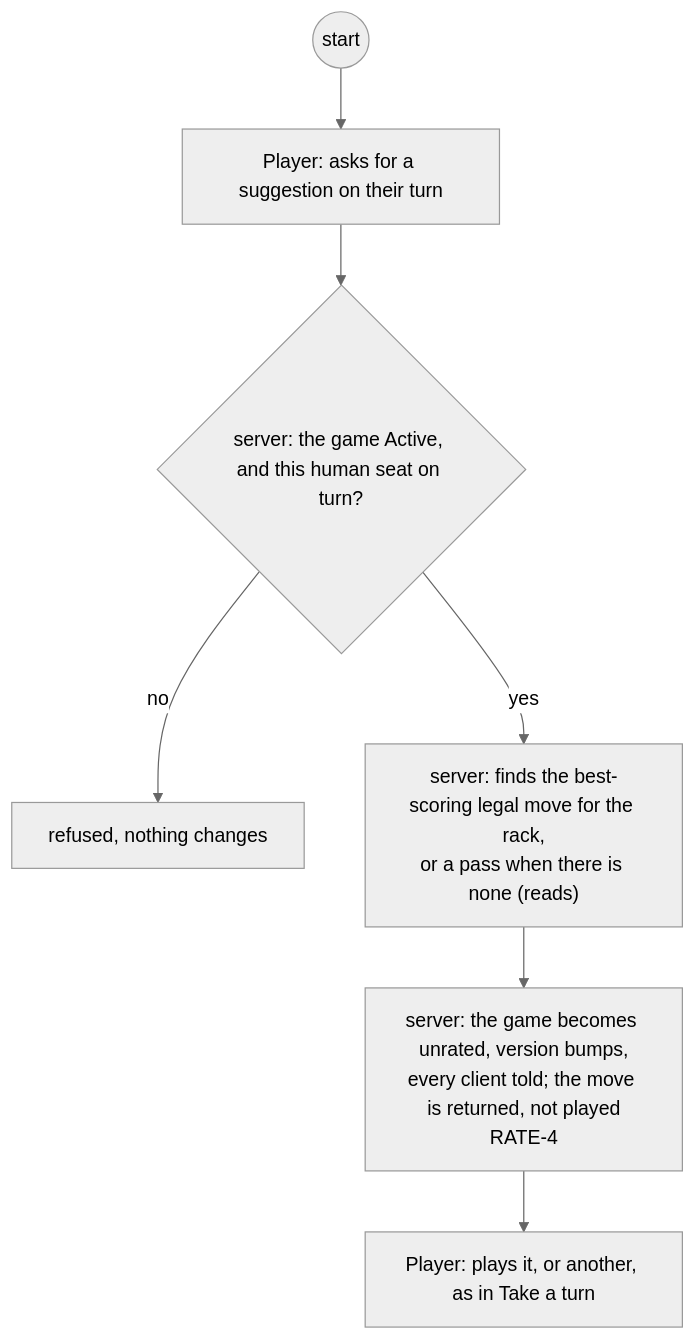
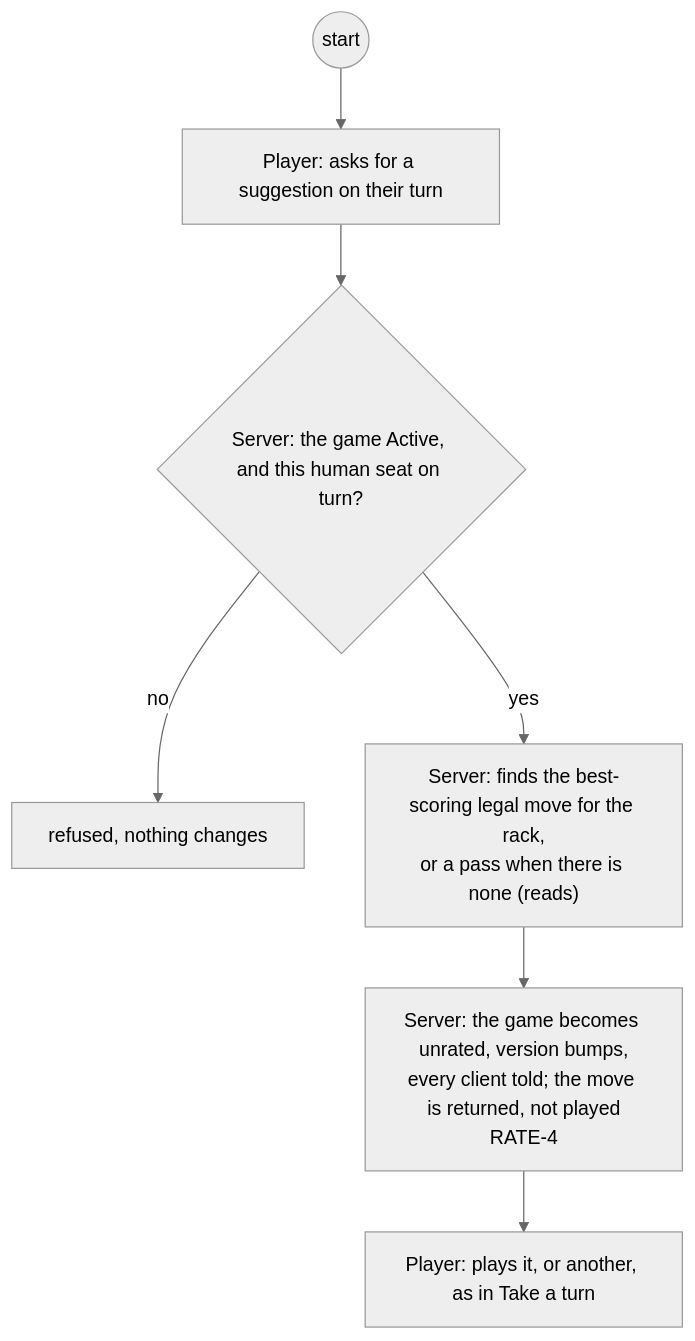
Before and after one commit to delphside/programme: diagram 16 of 29 in docs/changes/workstreams/application-game-architecture/71-one-game-model/71-functional.md, drawn with Mermaid (neutral theme). The commit also changed other lines of this file, not shown here.

First line of the commit message:
app 0.9.2 api 2.16: 71: questions get headings Q1 to Q15; Server capitalised as an actor

````diff
--- a/docs/changes/workstreams/application-game-architecture/71-one-game-model/71-functional.md
+++ b/docs/changes/workstreams/application-game-architecture/71-one-game-model/71-functional.md
@@ -315,9 +316,9 @@
 ```mermaid
 flowchart TD
   s0((start)) --> p1["Player: asks for a suggestion on their turn"]
-  p1 --> v1{"server: the game Active, and this human seat on turn?"}
+  p1 --> v1{"Server: the game Active, and this human seat on turn?"}
   v1 -- no --> r1["refused, nothing changes"]
-  v1 -- yes --> v2["server: finds the best-scoring legal move for the rack,<br/>or a pass when there is none (reads)"]
-  v2 --> t1["server: the game becomes unrated, version bumps,<br/>every client told; the move is returned, not played<br/>RATE-4"]
+  v1 -- yes --> v2["Server: finds the best-scoring legal move for the rack,<br/>or a pass when there is none (reads)"]
+  v2 --> t1["Server: the game becomes unrated, version bumps,<br/>every client told; the move is returned, not played<br/>RATE-4"]
   t1 --> p2["Player: plays it, or another, as in Take a turn"]
 ```
````
